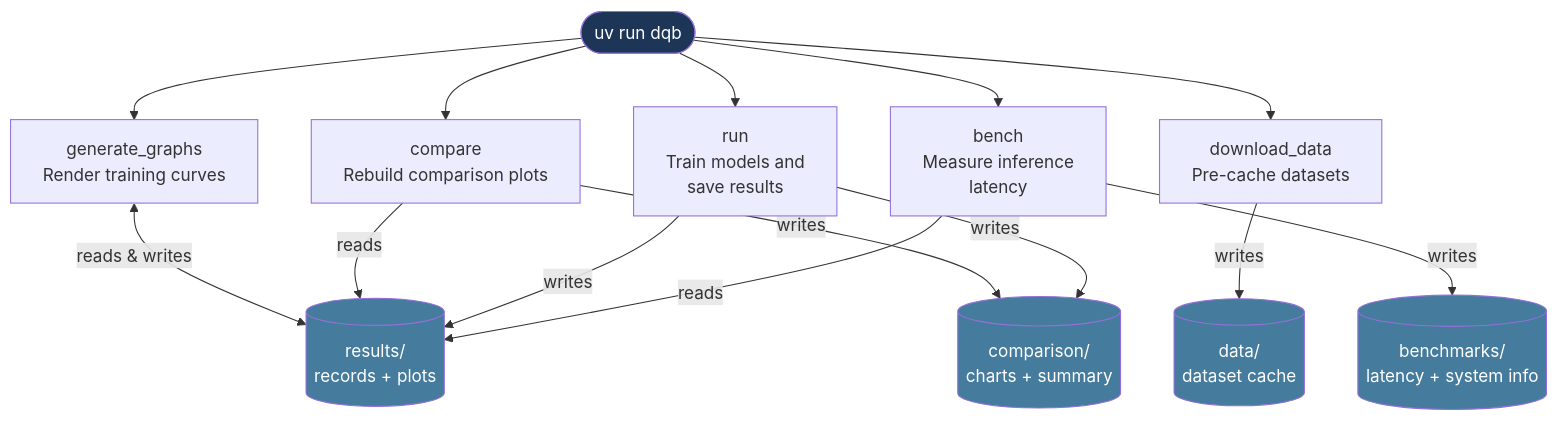
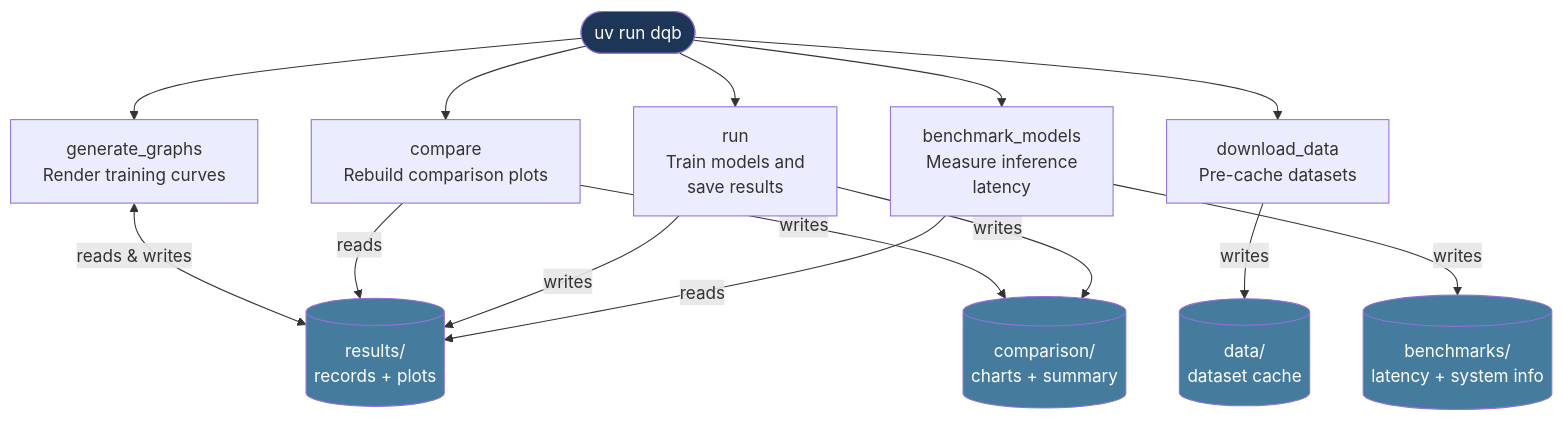
The seventh of 7 diagrams in information/CLI_DIAGRAMS.md (VG-Fish/PerforatedAI-Quantization-Experiment), drawn with Mermaid before and after one commit. The commit also changed other lines of this file and 6 other files, not shown here.

````diff
--- a/information/CLI_DIAGRAMS.md
+++ b/information/CLI_DIAGRAMS.md
@@ -339,36 +339,36 @@
 ```mermaid
 flowchart TD
     CLI([uv run dqb])
     
     GG["generate_graphs<br>Render training curves"]
     CMP["compare<br>Rebuild comparison plots"]
     RUN["run<br>Train models and<br>save results"]
     DL["download_data<br>Pre-cache datasets"]
-    BEN["bench<br>Measure inference<br>latency"]
+    BEN["benchmark_models<br>Measure inference<br>latency"]
 
     RES[("results/<br>records + plots")]
     COM[("comparison/<br>charts + summary")]
     DAT[("data/<br>dataset cache")]
     BEN_OUT[("benchmarks/<br>latency + system info")]
 
     CLI --> GG
     CLI --> CMP
     CLI --> RUN
     CLI --> DL
     CLI --> BEN
 
     GG <-->|reads & writes| RES
     CMP -->|reads| RES
     CMP -->|writes| COM
     RUN -->|writes| RES
     RUN -->|writes| COM
     DL -->|writes| DAT
     BEN -->|reads| RES
     BEN -->|writes| BEN_OUT
 
     style CLI fill:#1d3557,color:#fff
     style RES fill:#457b9d,color:#fff
     style COM fill:#457b9d,color:#fff
     style DAT fill:#457b9d,color:#fff
     style BEN_OUT fill:#457b9d,color:#fff
 ```
````
